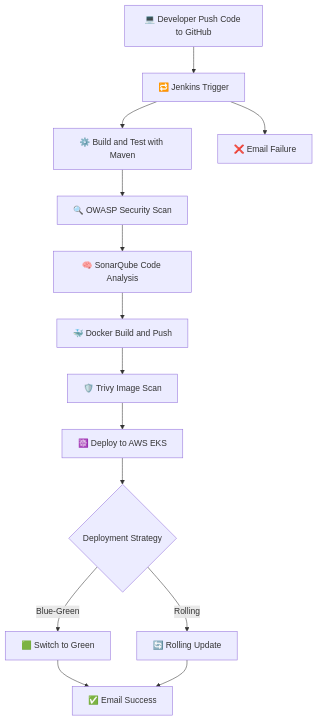
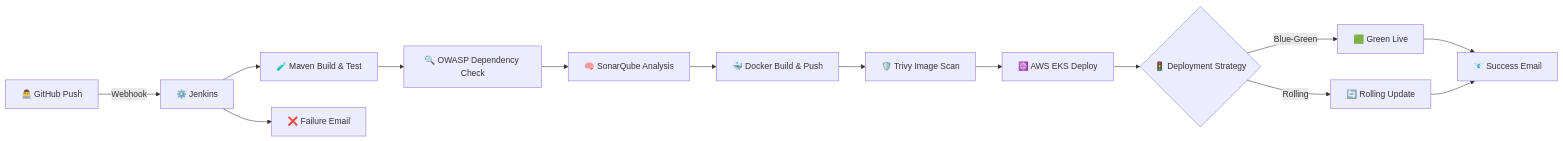
One commit to Saifudheenpv/Luxstay-Hotel-DevSecOps-Pipeline changed the diagram in README.md. Above: the diagram before and after it, drawn with Mermaid. The commit also changed other lines of this file, not shown here.

````diff
--- a/README.md
+++ b/README.md
@@ -17,16 +31,16 @@
 ```mermaid
-flowchart TD
-  A[💻 Developer Push Code to GitHub] --> B[🔁 Jenkins Trigger]
-  B --> C[⚙️ Build and Test with Maven]
-  C --> D[🔍 OWASP Security Scan]
-  D --> E[🧠 SonarQube Code Analysis]
-  E --> F[🐳 Docker Build and Push]
+flowchart LR
+  A[👨‍💻 GitHub Push] -->|Webhook| B[⚙️ Jenkins]
+  B --> C[🧪 Maven Build & Test]
+  C --> D[🔍 OWASP Dependency Check]
+  D --> E[🧠 SonarQube Analysis]
+  E --> F[🐳 Docker Build & Push]
   F --> G[🛡️ Trivy Image Scan]
-  G --> H[☸️ Deploy to AWS EKS]
-  H --> I{Deployment Strategy}
-  I -->|Blue-Green| J[🟩 Switch to Green]
+  G --> H[☸️ AWS EKS Deploy]
+  H --> I{🚦 Deployment Strategy}
+  I -->|Blue-Green| J[🟩 Green Live]
   I -->|Rolling| K[🔄 Rolling Update]
-  J --> L[✅ Email Success]
+  J --> L[📧 Success Email]
   K --> L
-  B --> M[❌ Email Failure]
+  B --> M[❌ Failure Email]
 ```
````
